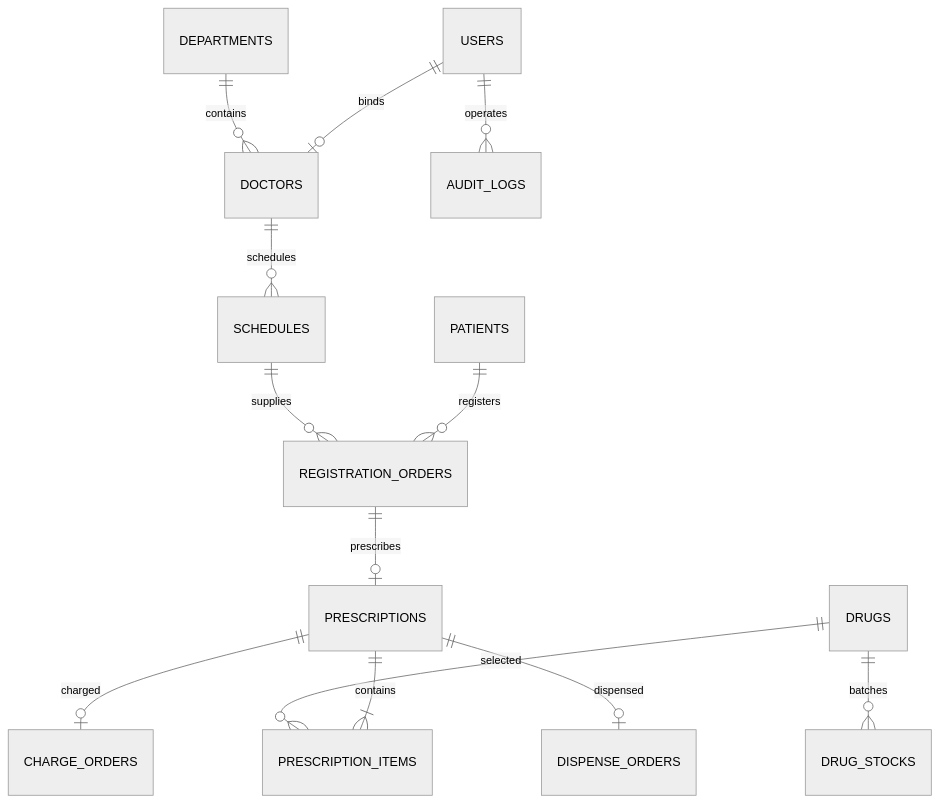
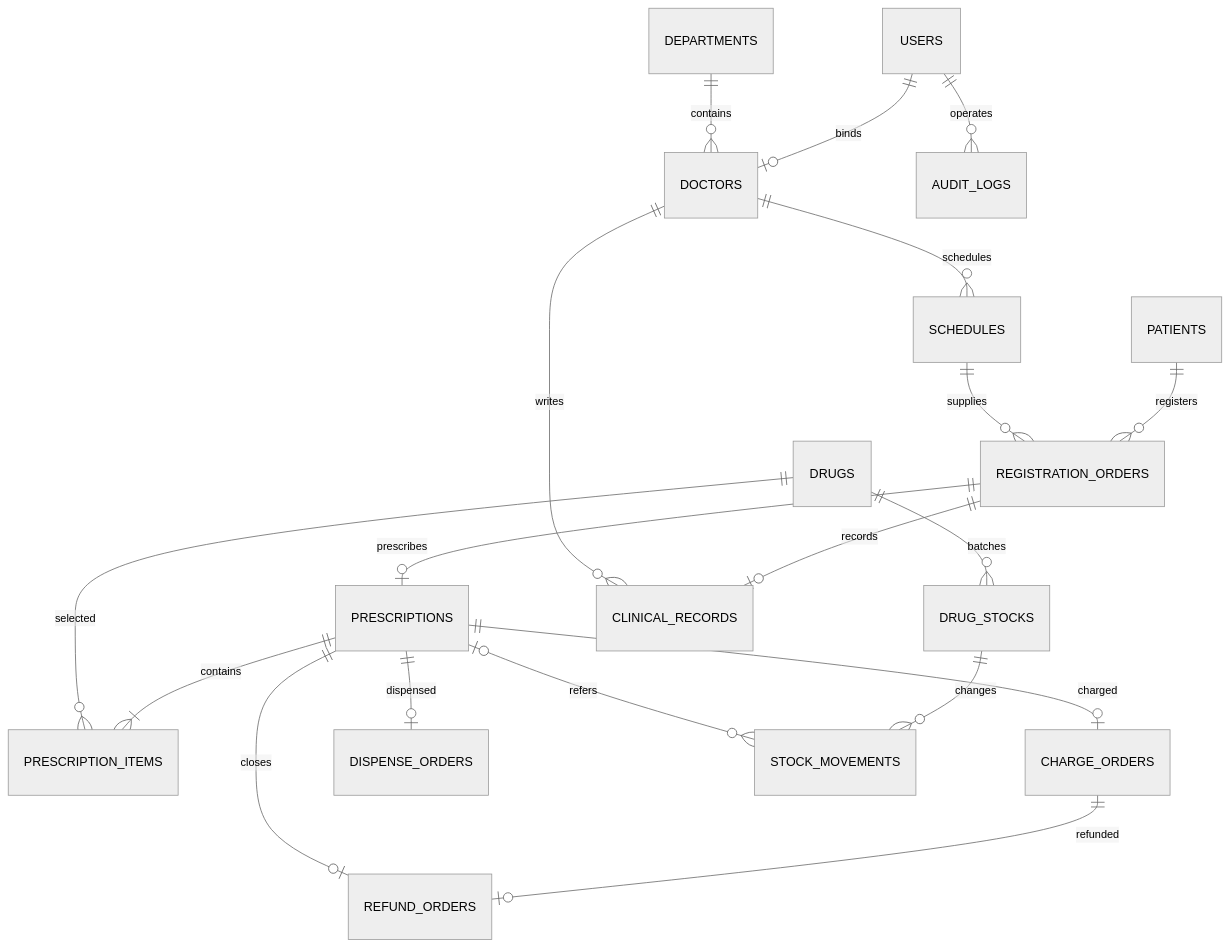
One commit to aaacnm/hospital-information-system changed the diagram in docs/er.md. Above: the diagram before and after it, drawn with Mermaid (neutral theme). The commit also changed other lines of this file and 71 other files, not shown here.

````diff
--- a/docs/er.md
+++ b/docs/er.md
@@ -2,15 +2,21 @@
 ```mermaid
 erDiagram
     USERS ||--o| DOCTORS : binds
     DEPARTMENTS ||--o{ DOCTORS : contains
     DOCTORS ||--o{ SCHEDULES : schedules
     PATIENTS ||--o{ REGISTRATION_ORDERS : registers
     SCHEDULES ||--o{ REGISTRATION_ORDERS : supplies
     REGISTRATION_ORDERS ||--o| PRESCRIPTIONS : prescribes
     PRESCRIPTIONS ||--|{ PRESCRIPTION_ITEMS : contains
     DRUGS ||--o{ PRESCRIPTION_ITEMS : selected
     DRUGS ||--o{ DRUG_STOCKS : batches
     PRESCRIPTIONS ||--o| CHARGE_ORDERS : charged
     PRESCRIPTIONS ||--o| DISPENSE_ORDERS : dispensed
+    REGISTRATION_ORDERS ||--o| CLINICAL_RECORDS : records
+    DOCTORS ||--o{ CLINICAL_RECORDS : writes
+    CHARGE_ORDERS ||--o| REFUND_ORDERS : refunded
+    PRESCRIPTIONS ||--o| REFUND_ORDERS : closes
+    DRUG_STOCKS ||--o{ STOCK_MOVEMENTS : changes
+    PRESCRIPTIONS o|--o{ STOCK_MOVEMENTS : refers
     USERS ||--o{ AUDIT_LOGS : operates
 ```
````
